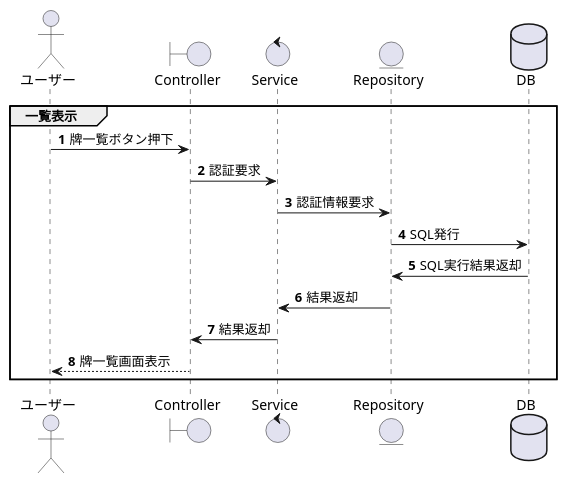
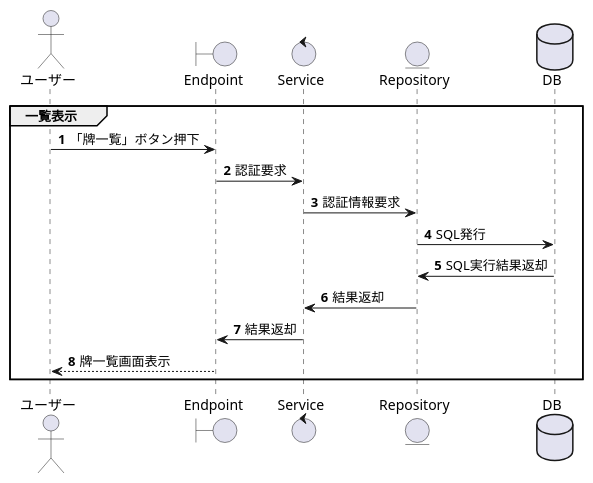
One commit to NakataTPD/2018-k-web-training changed the third of 9 diagrams in document/詳細設計書/詳細設計書.md. Above: the diagram before and after it, drawn with PlantUML. The commit also changed other lines of this file and 1 other file, not shown here.

````diff
--- a/document/詳細設計書/詳細設計書.md
+++ b/document/詳細設計書/詳細設計書.md
@@ -126,21 +166,21 @@
 ```puml
 actor ユーザー as User
-boundary Controller as Con
+boundary Endpoint as Con
 control Service as Ser
 entity Repository as Repo
 database DB as DB
 
 group 一覧表示
   autonumber 1
 
-    User -> Con: 牌一覧ボタン押下
+    User -> Con: 「牌一覧」ボタン押下
     Con -> Ser: 認証要求
     Ser -> Repo: 認証情報要求
     Repo -> DB: SQL発行
     DB -> Repo: SQL実行結果返却
     Repo -> Ser: 結果返却
     Ser -> Con: 結果返却
     Con --> User: 牌一覧画面表示
 
 end
 ```
````
